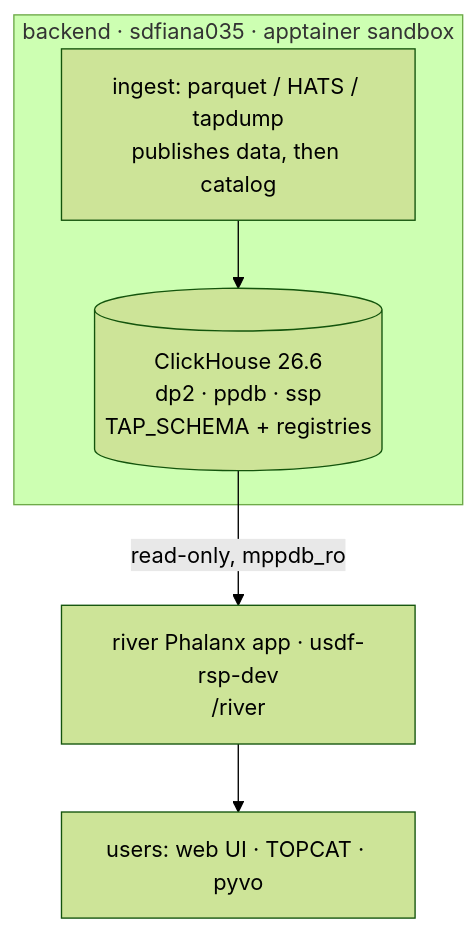
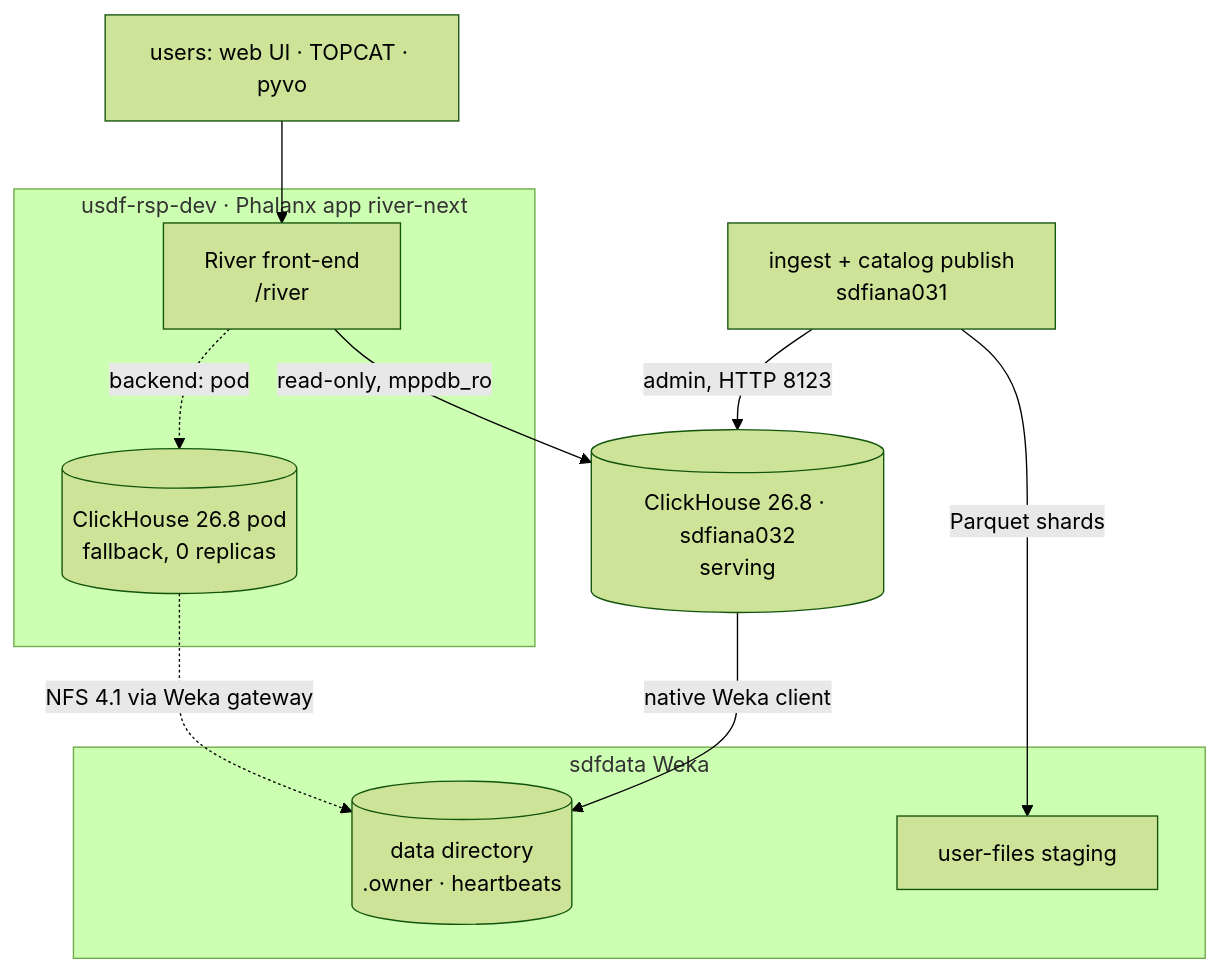
One commit to lsst-dm/dmtn-354 changed the diagram in index.md. Above: the diagram before and after it, drawn with Mermaid (forest theme). The commit also changed other lines of this file, not shown here.

First line of the commit message:
Describe River's current architecture and the NFS-vs-native measurements

````diff
--- a/index.md
+++ b/index.md
@@ -232,12 +242,21 @@
 ```{mermaid}
 flowchart TB
-  subgraph BACKEND["backend · sdfiana035 · apptainer sandbox"]
-    ING["ingest: parquet / HATS / tapdump<br/>publishes data, then catalog"]
-    CH[("ClickHouse 26.6<br/>dp2 · ppdb · ssp<br/>TAP_SCHEMA + registries")]
-    ING --> CH
+  U["users: web UI · TOPCAT · pyvo"]
+  subgraph RSP["usdf-rsp-dev · Phalanx app river-next"]
+    FE["River front-end<br/>/river"]
+    POD[("ClickHouse 26.8 pod<br/>fallback, 0 replicas")]
   end
-  SVC["river Phalanx app · usdf-rsp-dev<br/>/river"]
-  U["users: web UI · TOPCAT · pyvo"]
-  CH -- "read-only, mppdb_ro" --> SVC
-  SVC --> U
+  N032[("ClickHouse 26.8 · sdfiana032<br/>serving")]
+  subgraph WEKA["sdfdata Weka"]
+    DATA[("data directory<br/>.owner · heartbeats")]
+    UF["user-files staging"]
+  end
+  ING["ingest + catalog publish<br/>sdfiana031"]
+  U --> FE
+  FE -- "read-only, mppdb_ro" --> N032
+  FE -. "backend: pod" .-> POD
+  N032 -- "native Weka client" --> DATA
+  POD -. "NFS 4.1 via Weka gateway" .-> DATA
+  ING -- "admin, HTTP 8123" --> N032
+  ING -- "Parquet shards" --> UF
 ```
````
